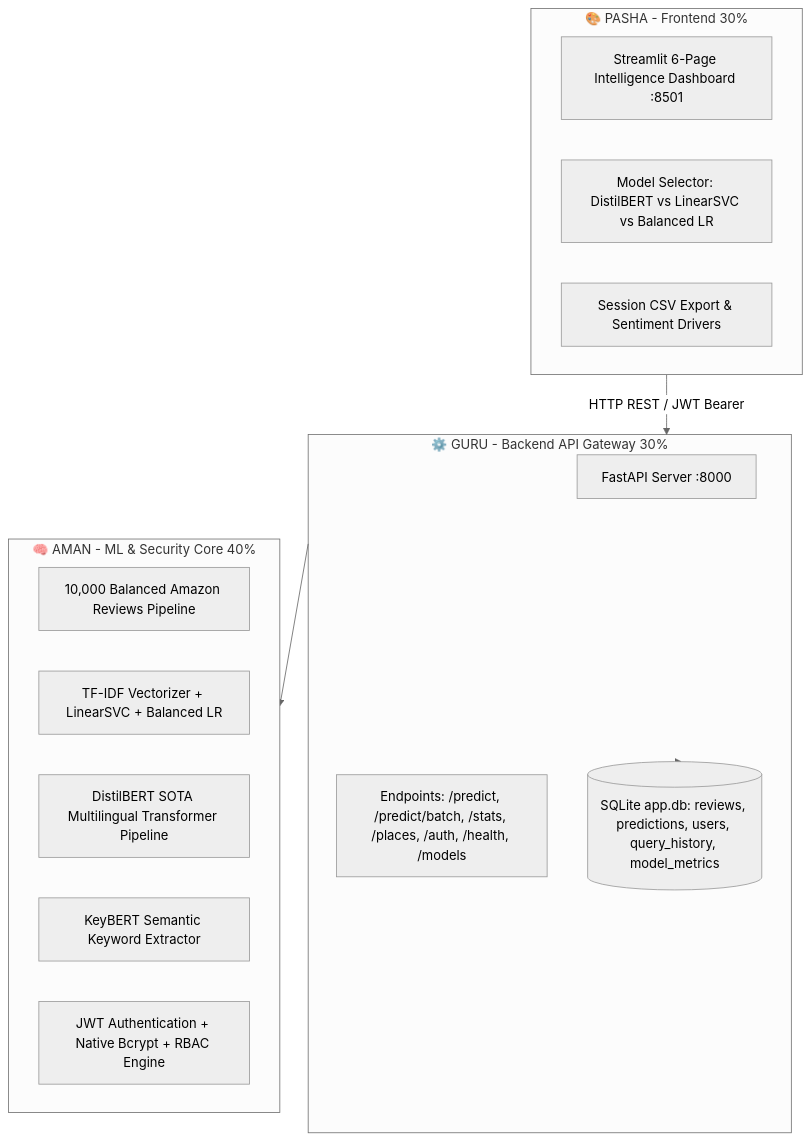
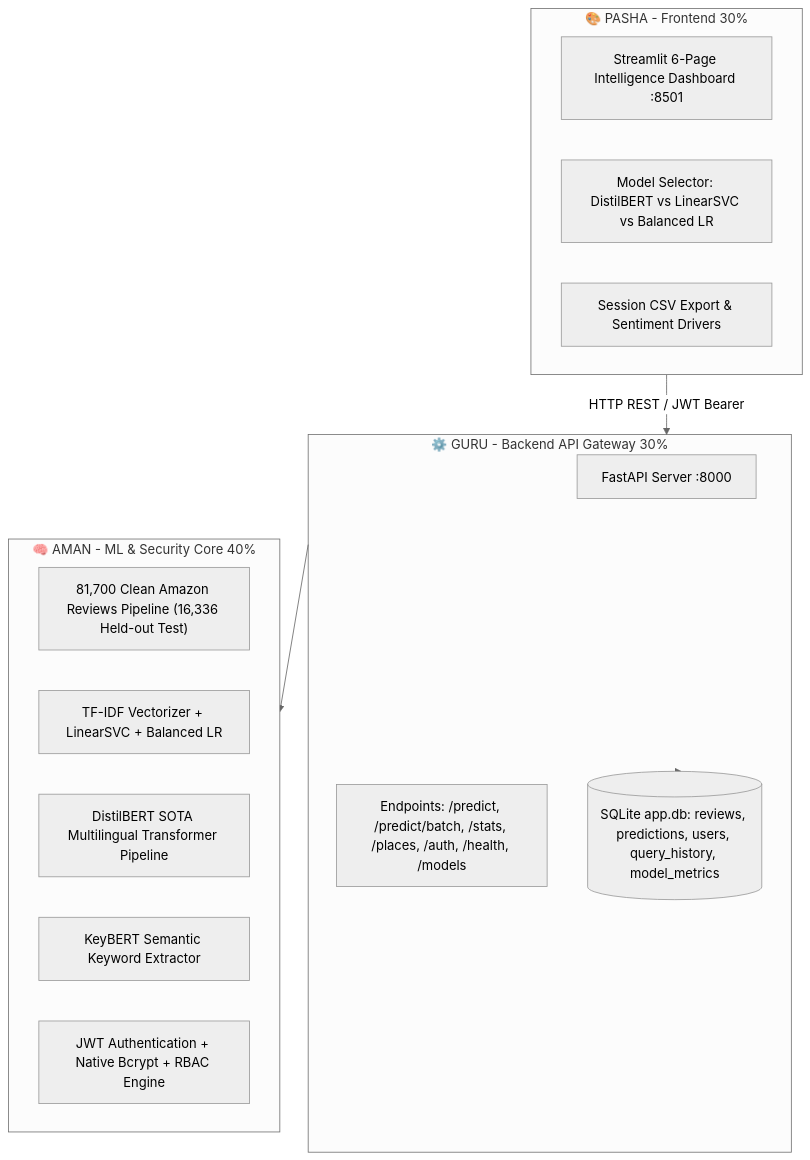
Before and after one commit to amanydvvv/CUSTOMER-SENTIMENT-ANALYSIS-DASHBOARD: the diagram in docs/aman_guide.md, drawn with Mermaid (neutral theme). The commit also changed other lines of this file and 18 other files, not shown here.

````diff
--- a/docs/aman_guide.md
+++ b/docs/aman_guide.md
@@ -15,26 +14,26 @@
 ```mermaid
 graph TD
     subgraph Client_Tier ["🎨 PASHA - Frontend 30%"]
         Streamlit["Streamlit 6-Page Intelligence Dashboard :8501"]
         ModelChoice["Model Selector: DistilBERT vs LinearSVC vs Balanced LR"]
         Export["Session CSV Export & Sentiment Drivers"]
     end
 
     subgraph API_Tier ["⚙️ GURU - Backend API Gateway 30%"]
         FastAPI["FastAPI Server :8000"]
         Endpoints["Endpoints: /predict, /predict/batch, /stats, /places, /auth, /health, /models"]
         DB[("SQLite app.db: reviews, predictions, users, query_history, model_metrics")]
     end
 
     subgraph ML_Security_Core ["🧠 AMAN - ML & Security Core 40%"]
-        Dataset["10,000 Balanced Amazon Reviews Pipeline"]
+        Dataset["81,700 Clean Amazon Reviews Pipeline (16,336 Held-out Test)"]
         TFIDF["TF-IDF Vectorizer + LinearSVC + Balanced LR"]
         DistilBERT["DistilBERT SOTA Multilingual Transformer Pipeline"]
         KeyBERT["KeyBERT Semantic Keyword Extractor"]
         Security["JWT Authentication + Native Bcrypt + RBAC Engine"]
     end
 
     Client_Tier -->|HTTP REST / JWT Bearer| API_Tier
     API_Tier --> ML_Security_Core
     API_Tier --> DB
 ```
````
